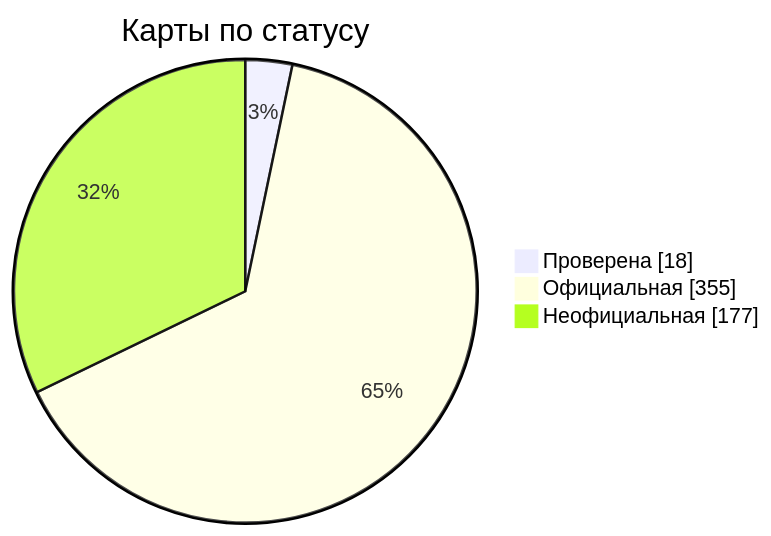
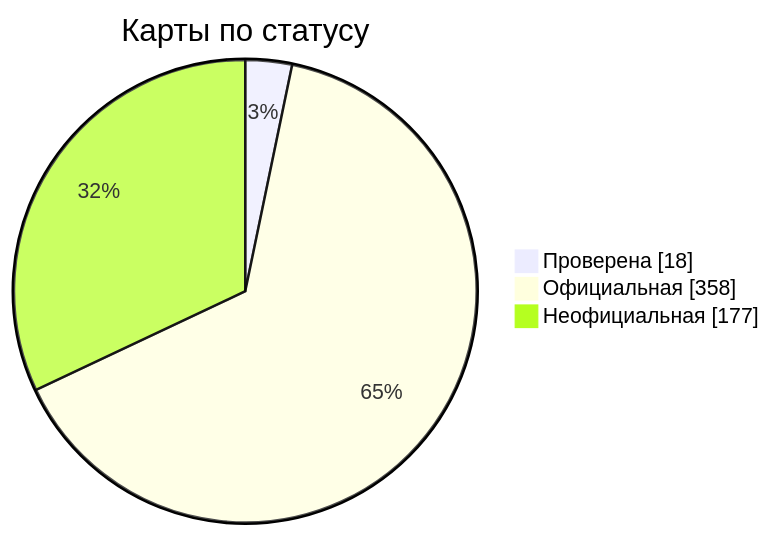
One commit to nobrega8/mbmap-library changed the diagram in docs/readme/README_RU.md. Above: the diagram before and after it, drawn with Mermaid. The commit also changed 8 other files, not shown here.

````diff
--- a/docs/readme/README_RU.md
+++ b/docs/readme/README_RU.md
@@ -54,7 +54,7 @@
 ```mermaid
 pie showData
     title Карты по статусу
     "Проверена" : 18
-    "Официальная" : 355
+    "Официальная" : 358
     "Неофициальная" : 177
 ```
````
